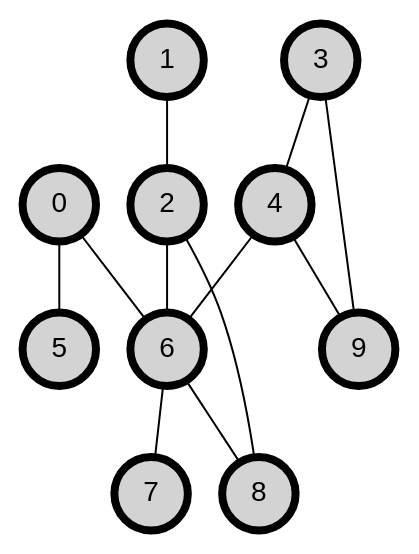
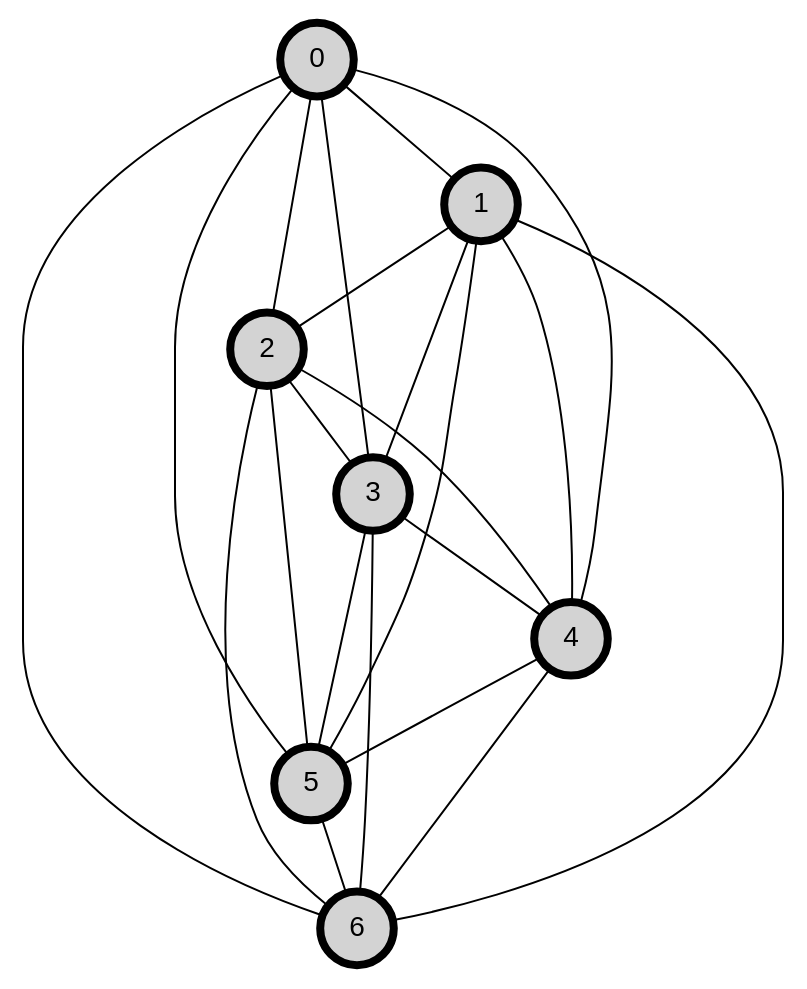
Before and after one commit to deeagirl1/vertex-cover: the diagram in VertexCover/bin/Debug/net5.0-windows/graph.dot, drawn with Graphviz. The commit also changed 22 other files, not shown here.

```diff
--- a/VertexCover/bin/Debug/net5.0-windows/graph.dot
+++ b/VertexCover/bin/Debug/net5.0-windows/graph.dot
@@ -1,23 +1,30 @@
 graph my_graph { node[fontname = Arial, style = "filled,setlinewidth(4)",shape = circle]
 node0[ label =" 0"]
 node1[ label =" 1"]
 node2[ label =" 2"]
 node3[ label =" 3"]
 node4[ label =" 4"]
 node5[ label =" 5"]
 node6[ label =" 6"]
-node7[ label =" 7"]
-node8[ label =" 8"]
-node9[ label =" 9"]
+node0--node1
+node0--node2
+node0--node3
+node0--node4
+node0--node5
 node0--node6
-node0--node5
 node1--node2
+node1--node3
+node1--node4
+node1--node5
+node1--node6
+node2--node3
+node2--node4
+node2--node5
 node2--node6
-node2--node8
 node3--node4
-node3--node9
+node3--node5
+node3--node6
+node4--node5
 node4--node6
-node4--node9
-node6--node7
-node6--node8
+node5--node6
 }
```
